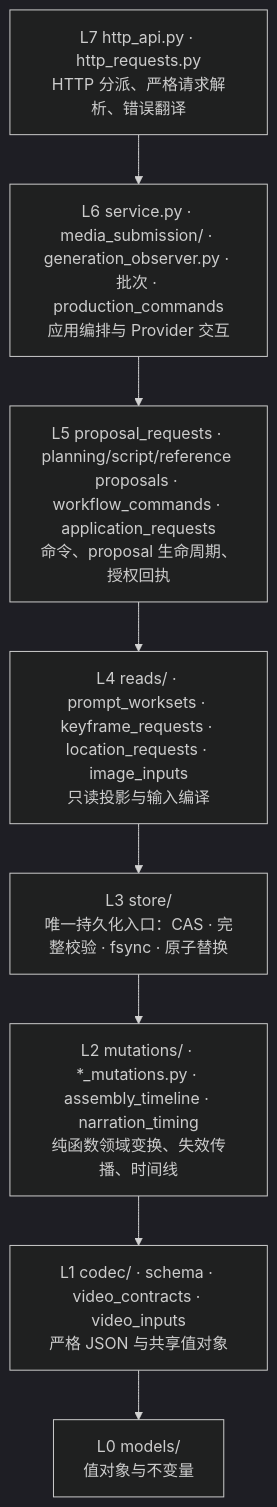
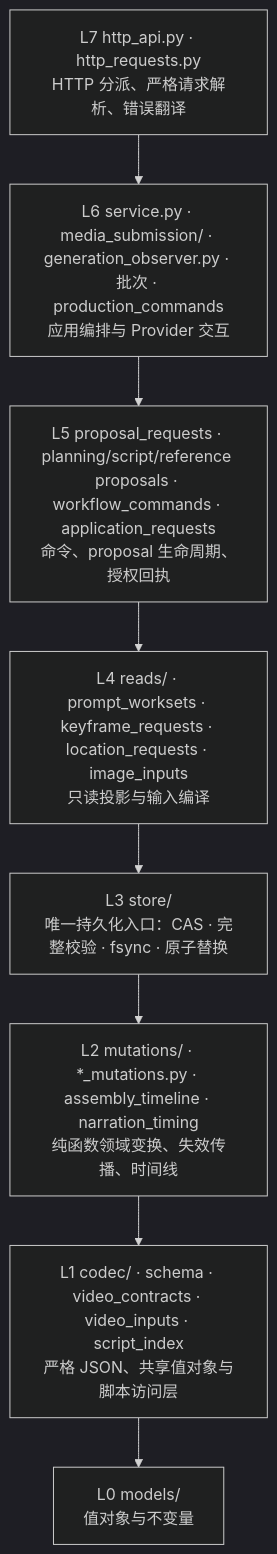
Before and after one commit to LJXLJXLJX/StoryRail: the third of 5 diagrams in docs/architecture.md, drawn with Mermaid (dark theme). The commit also changed other lines of this file and 21 other files, not shown here.

````diff
--- a/docs/architecture.md
+++ b/docs/architecture.md
@@ -107,12 +107,12 @@
 ```mermaid
 flowchart TB
     l7["L7 http_api.py · http_requests.py<br/>HTTP 分派、严格请求解析、错误翻译"]
     l6["L6 service.py · media_submission/ · generation_observer.py · 批次 · production_commands<br/>应用编排与 Provider 交互"]
     l5["L5 proposal_requests · planning/script/reference proposals · workflow_commands · application_requests<br/>命令、proposal 生命周期、授权回执"]
     l4["L4 reads/ · prompt_worksets · keyframe_requests · location_requests · image_inputs<br/>只读投影与输入编译"]
     l3["L3 store/<br/>唯一持久化入口：CAS · 完整校验 · fsync · 原子替换"]
     l2["L2 mutations/ · *_mutations.py · assembly_timeline · narration_timing<br/>纯函数领域变换、失效传播、时间线"]
-    l1["L1 codec/ · schema · video_contracts · video_inputs<br/>严格 JSON 与共享值对象"]
+    l1["L1 codec/ · schema · video_contracts · video_inputs · script_index<br/>严格 JSON、共享值对象与脚本访问层"]
     l0["L0 models/<br/>值对象与不变量"]
     l7 --> l6 --> l5 --> l4 --> l3 --> l2 --> l1 --> l0
 ```
````
